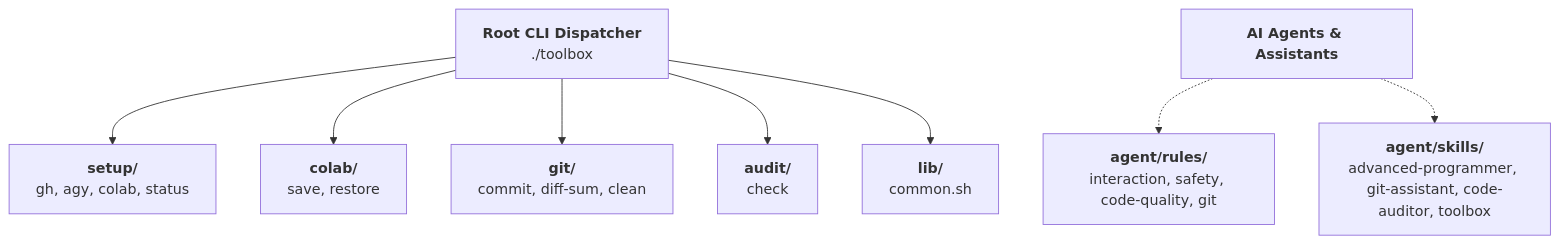
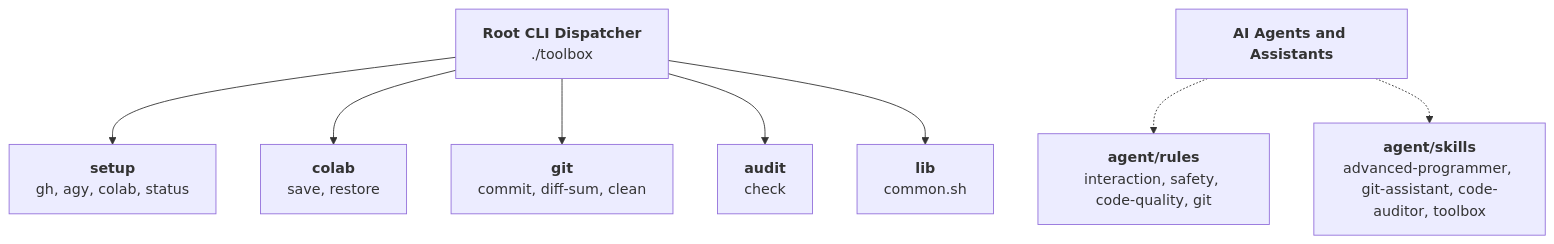
Before and after one commit to mkh-user/toolbox: the diagram in AGENTS.md, drawn with Mermaid. The commit also changed other lines of this file and 17 other files, not shown here.

Commit message:
feat: establish authoring skills, governance suite, and clean typography standards

````diff
--- a/AGENTS.md
+++ b/AGENTS.md
@@ -11,11 +11,11 @@
 ```mermaid
 flowchart TD
-    CLI["<b>Root CLI Dispatcher</b><br/>./toolbox"] --> Setup["<b>setup/</b><br/>gh, agy, colab, status"]
-    CLI --> Colab["<b>colab/</b><br/>save, restore"]
-    CLI --> Git["<b>git/</b><br/>commit, diff-sum, clean"]
-    CLI --> Audit["<b>audit/</b><br/>check"]
-    CLI --> Lib["<b>lib/</b><br/>common.sh"]
+    CLI["<b>Root CLI Dispatcher</b><br/>./toolbox"] --> Setup["<b>setup</b><br/>gh, agy, colab, status"]
+    CLI --> Colab["<b>colab</b><br/>save, restore"]
+    CLI --> Git["<b>git</b><br/>commit, diff-sum, clean"]
+    CLI --> Audit["<b>audit</b><br/>check"]
+    CLI --> Lib["<b>lib</b><br/>common.sh"]
     
-    Agents["<b>AI Agents & Assistants</b>"] -.-> Rules["<b>agent/rules/</b><br/>interaction, safety, code-quality, git"]
-    Agents -.-> Skills["<b>agent/skills/</b><br/>advanced-programmer, git-assistant, code-auditor, toolbox"]
+    Agents["<b>AI Agents and Assistants</b>"] -.-> Rules["<b>agent/rules</b><br/>interaction, safety, code-quality, git"]
+    Agents -.-> Skills["<b>agent/skills</b><br/>advanced-programmer, git-assistant, code-auditor, toolbox"]
 ```
````
